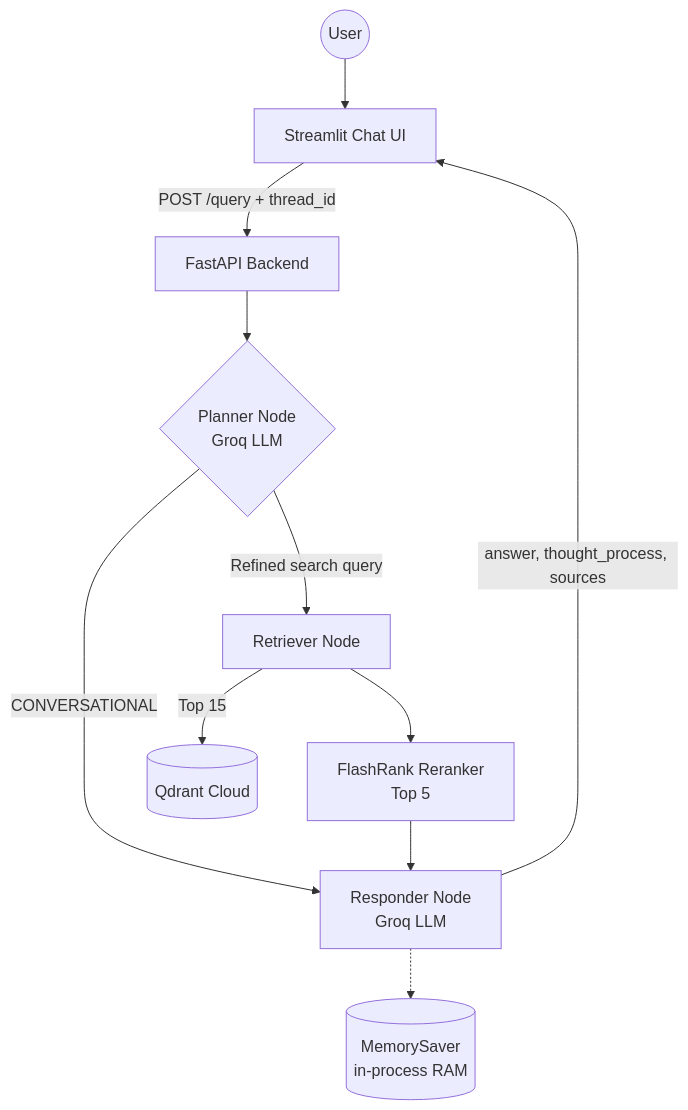
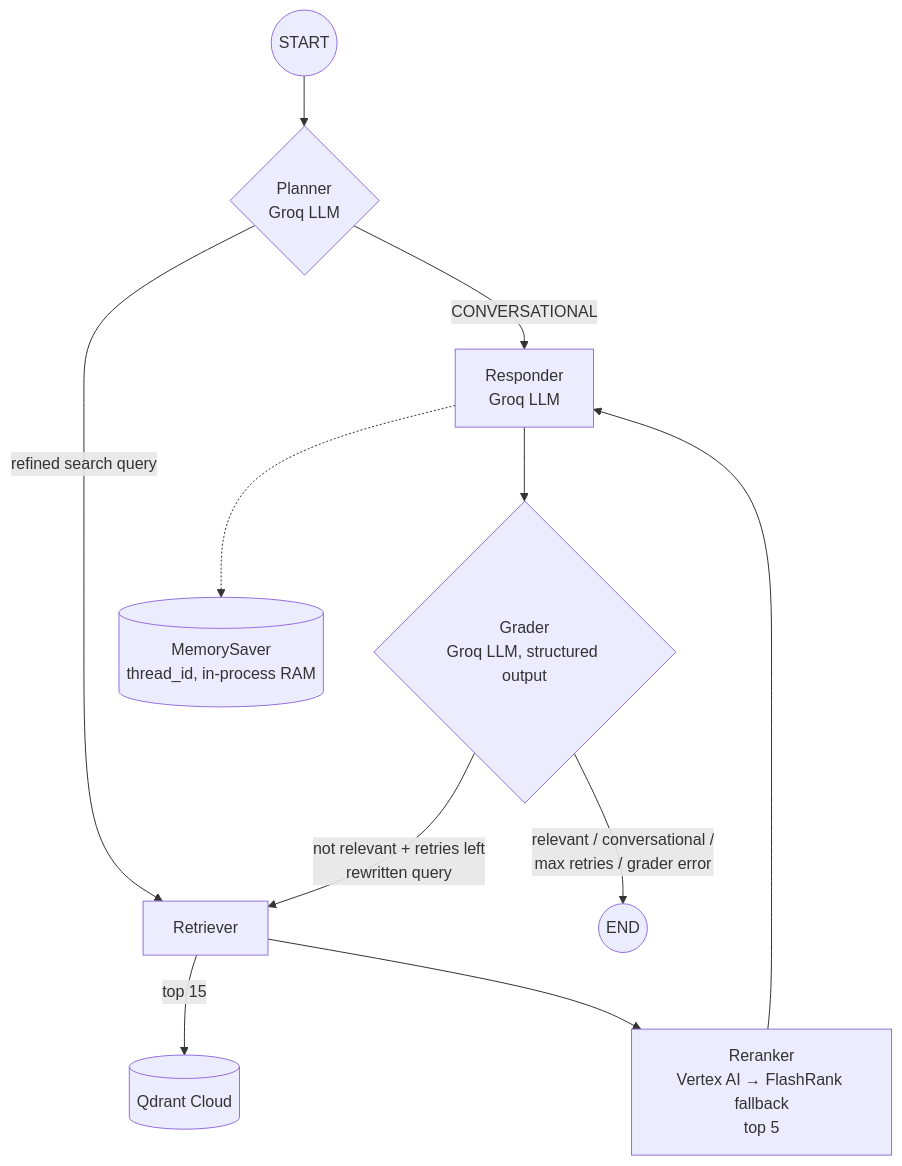
The second of 5 diagrams in README.md (lalithdabilpuram01/enterprise_rag-with-GCP), drawn with Mermaid before and after one commit. The commit also changed other lines of this file and 1 other file, not shown here.

````diff
--- a/README.md
+++ b/README.md
@@ -32,13 +54,13 @@
 ```mermaid
 graph TD
-    User((User)) --> UI[Streamlit Chat UI]
-    UI -->|POST /query + thread_id| API[FastAPI Backend]
-    API --> Planner{Planner Node<br/>Groq LLM}
-    Planner -->|CONVERSATIONAL| Responder[Responder Node<br/>Groq LLM]
-    Planner -->|Refined search query| Retriever[Retriever Node]
-    Retriever -->|Top 15| Qdrant[(Qdrant Cloud)]
-    Retriever --> Reranker[FlashRank Reranker<br/>Top 5]
-    Reranker --> Responder
-    Responder -->|answer, thought_process, sources| UI
-    Responder -.-> Memory[(MemorySaver<br/>in-process RAM)]
+    START((START)) --> Planner{Planner<br/>Groq LLM}
+    Planner -->|CONVERSATIONAL| Responder[Responder<br/>Groq LLM]
+    Planner -->|refined search query| Retriever[Retriever]
+    Retriever -->|top 15| Qdrant[(Qdrant Cloud)]
+    Retriever --> Rerank[Reranker<br/>Vertex AI → FlashRank fallback<br/>top 5]
+    Rerank --> Responder
+    Responder --> Grader{Grader<br/>Groq LLM, structured output}
+    Grader -->|not relevant + retries left<br/>rewritten query| Retriever
+    Grader -->|relevant / conversational /<br/>max retries / grader error| END((END))
+    Responder -.-> Memory[(MemorySaver<br/>thread_id, in-process RAM)]
 ```
````
